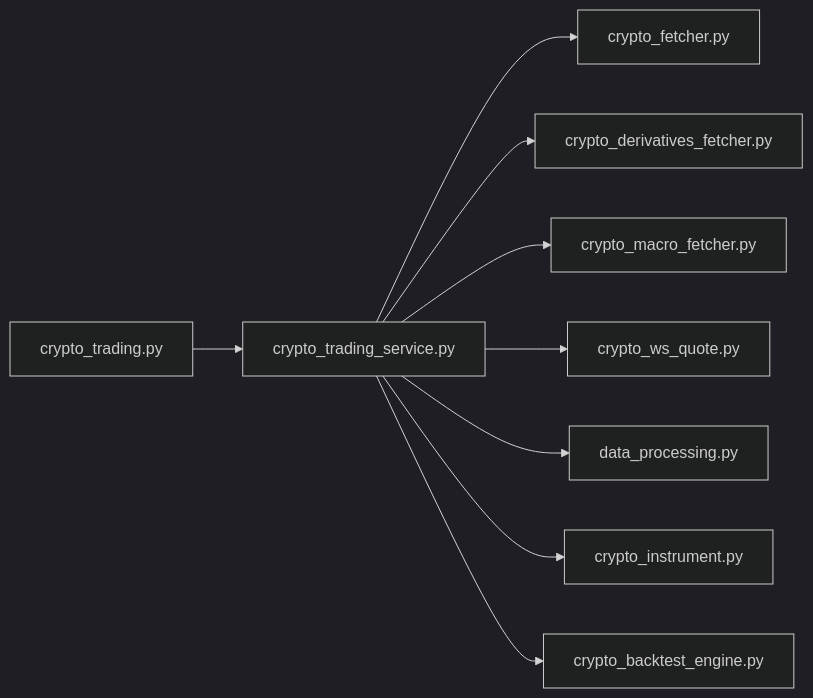
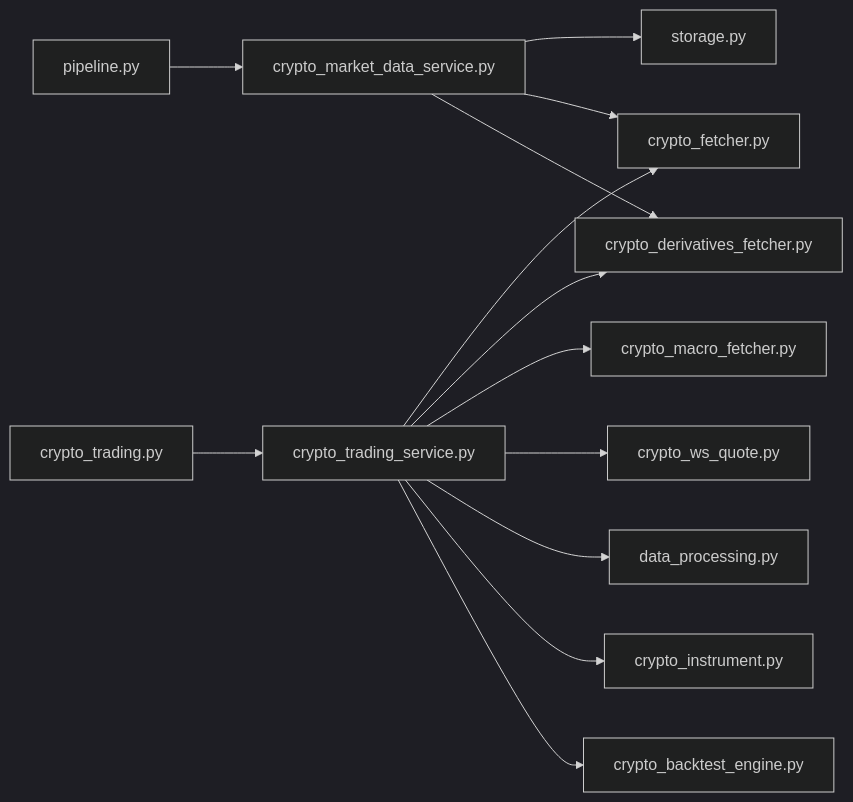
Diagram 12 of 12 in .qoder/repowiki/zh/content/数据源集成/加密货币数据源.md (anYaoooo/daily_stock_analysis), drawn with Mermaid (dark theme) before and after one commit. The commit also changed other lines of this file and 29 other files, not shown here.

````diff
--- a/.qoder/repowiki/zh/content/数据源集成/加密货币数据源.md
+++ b/.qoder/repowiki/zh/content/数据源集成/加密货币数据源.md
@@ -417,11 +496,15 @@
 ```mermaid
 graph LR
 API["crypto_trading.py"] --> SVC["crypto_trading_service.py"]
 SVC --> CF["crypto_fetcher.py"]
 SVC --> CDF["crypto_derivatives_fetcher.py"]
 SVC --> CMF["crypto_macro_fetcher.py"]
 SVC --> WSQ["crypto_ws_quote.py"]
 SVC --> UTILS["data_processing.py"]
 SVC --> MODEL["crypto_instrument.py"]
 SVC --> ENGINE["crypto_backtest_engine.py"]
+PIPELINE["pipeline.py"] --> CMD["crypto_market_data_service.py"]
+CMD --> DB["storage.py"]
+CMD --> CF
+CMD --> CDF
 ```
````
